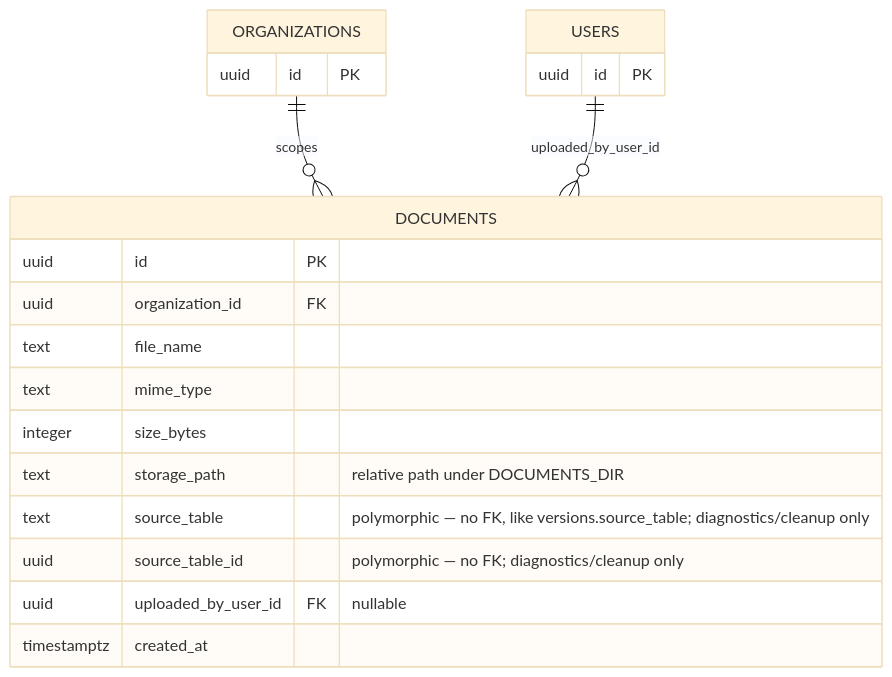
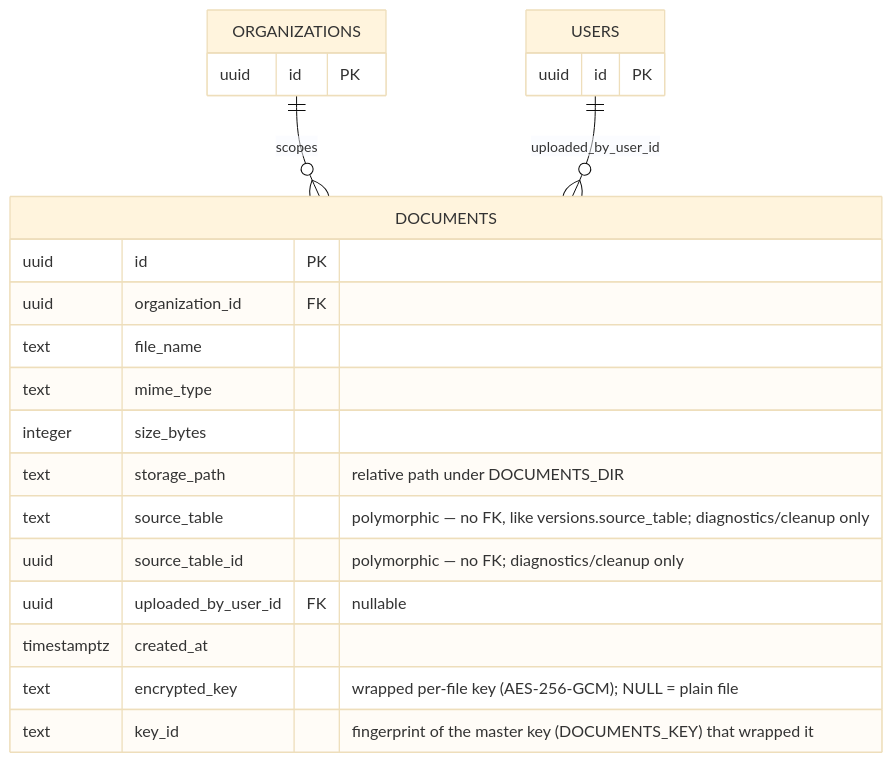
Before and after one commit to fporoli/apensum: the eighth of 16 diagrams in docs/DATABASE_SCHEMA.md, drawn with Mermaid (base theme). The commit also changed other lines of this file and 49 other files, not shown here.

````diff
--- a/docs/DATABASE_SCHEMA.md
+++ b/docs/DATABASE_SCHEMA.md
@@ -459,20 +459,22 @@
 ```mermaid
 erDiagram
     ORGANIZATIONS ||--o{ DOCUMENTS : "scopes"
     USERS ||--o{ DOCUMENTS : "uploaded_by_user_id"
 
     DOCUMENTS {
         uuid id PK
         uuid organization_id FK
         text file_name
         text mime_type
         integer size_bytes
         text storage_path "relative path under DOCUMENTS_DIR"
         text source_table "polymorphic — no FK, like versions.source_table; diagnostics/cleanup only"
         uuid source_table_id "polymorphic — no FK; diagnostics/cleanup only"
         uuid uploaded_by_user_id FK "nullable"
         timestamptz created_at
+        text encrypted_key "wrapped per-file key (AES-256-GCM); NULL = plain file"
+        text key_id "fingerprint of the master key (DOCUMENTS_KEY) that wrapped it"
     }
     ORGANIZATIONS { uuid id PK }
     USERS { uuid id PK }
 ```
````
